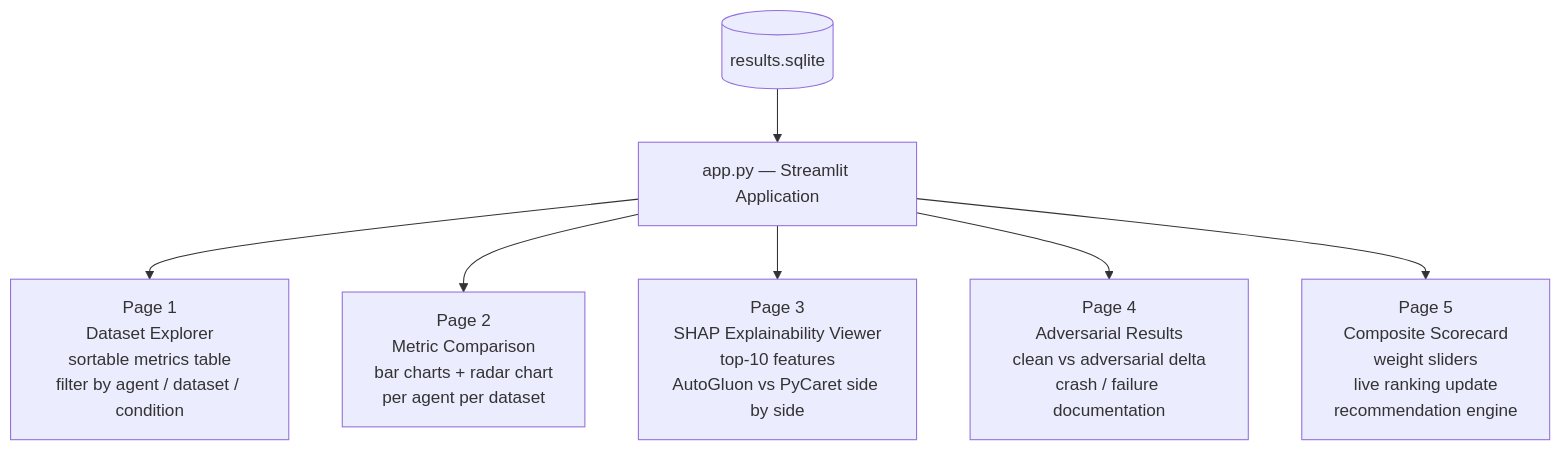
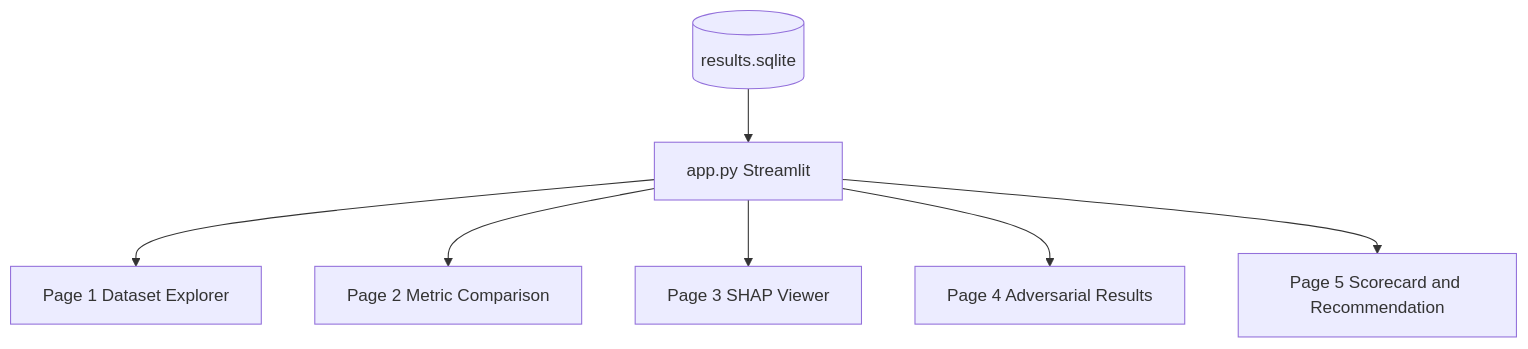
The fifth of 7 diagrams in README.md (Akhil-Kambhatla/comparison-of-DS-Agents), drawn with Mermaid before and after one commit. The commit also changed other lines of this file, not shown here.

````diff
--- a/README.md
+++ b/README.md
@@ -536,9 +626,9 @@
 ```mermaid
 flowchart TD
-    DB[(results.sqlite)] --> APP[app.py — Streamlit Application]
-    APP --> P1[Page 1\nDataset Explorer\nsortable metrics table\nfilter by agent / dataset / condition]
-    APP --> P2[Page 2\nMetric Comparison\nbar charts + radar chart\nper agent per dataset]
-    APP --> P3[Page 3\nSHAP Explainability Viewer\ntop-10 features\nAutoGluon vs PyCaret side by side]
-    APP --> P4[Page 4\nAdversarial Results\nclean vs adversarial delta\ncrash / failure documentation]
-    APP --> P5[Page 5\nComposite Scorecard\nweight sliders\nlive ranking update\nrecommendation engine]
+    DB[(results.sqlite)] --> APP[app.py Streamlit]
+    APP --> P1[Page 1 Dataset Explorer]
+    APP --> P2[Page 2 Metric Comparison]
+    APP --> P3[Page 3 SHAP Viewer]
+    APP --> P4[Page 4 Adversarial Results]
+    APP --> P5[Page 5 Scorecard and Recommendation]
 ```
````
